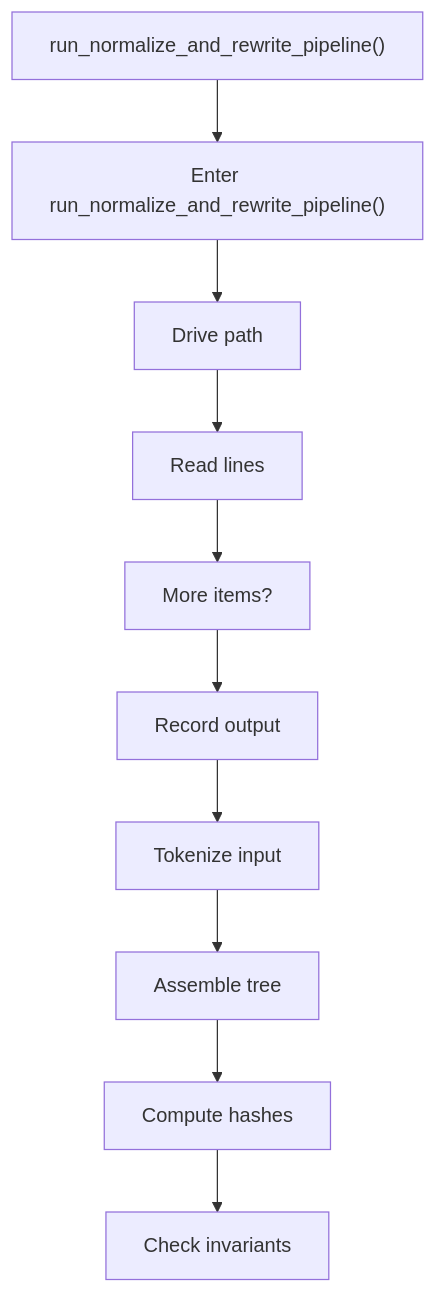
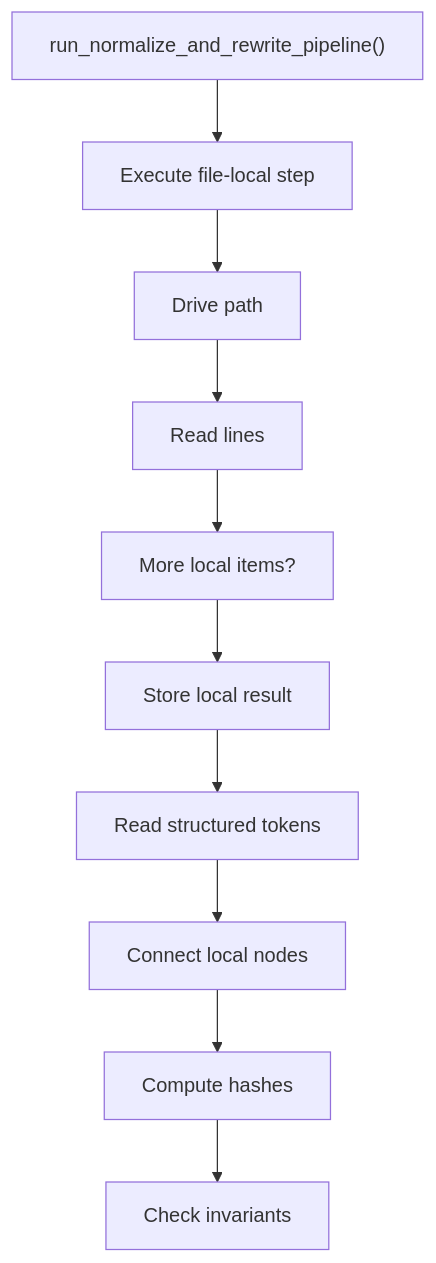
The first of 2 diagrams in docs/Codebase/Microservice/Modules/Source/OutputGeneration/UnitTestGeneration/run_normalize_and_rewrite_pipeline.cpp.md (JohnAndrewBalbarosa/NeoTerritory), drawn with Mermaid before and after one commit. The commit also changed other lines of this file and 925 other files, not shown here.

````diff
--- a/docs/Codebase/Microservice/Modules/Source/OutputGeneration/UnitTestGeneration/run_normalize_and_rewrite_pipeline.cpp.md
+++ b/docs/Codebase/Microservice/Modules/Source/OutputGeneration/UnitTestGeneration/run_normalize_and_rewrite_pipeline.cpp.md
@@ -31,22 +31,22 @@
 ```mermaid
 flowchart TD
     N0["run_normalize_and_rewrite_pipeline()"]
-    N1["Enter run_normalize_and_rewrite_pipeline()"]
+    N1["Execute file-local step"]
     N2["Drive path"]
     N3["Read lines"]
-    N4["More items?"]
-    N5["Record output"]
-    N6["Tokenize input"]
-    N7["Assemble tree"]
+    N4["More local items?"]
+    N5["Store local result"]
+    N6["Read structured tokens"]
+    N7["Connect local nodes"]
     N8["Compute hashes"]
     N9["Check invariants"]
     N0 --> N1
     N1 --> N2
     N2 --> N3
     N3 --> N4
     N4 --> N5
     N5 --> N6
     N6 --> N7
     N7 --> N8
     N8 --> N9
 ```
````
